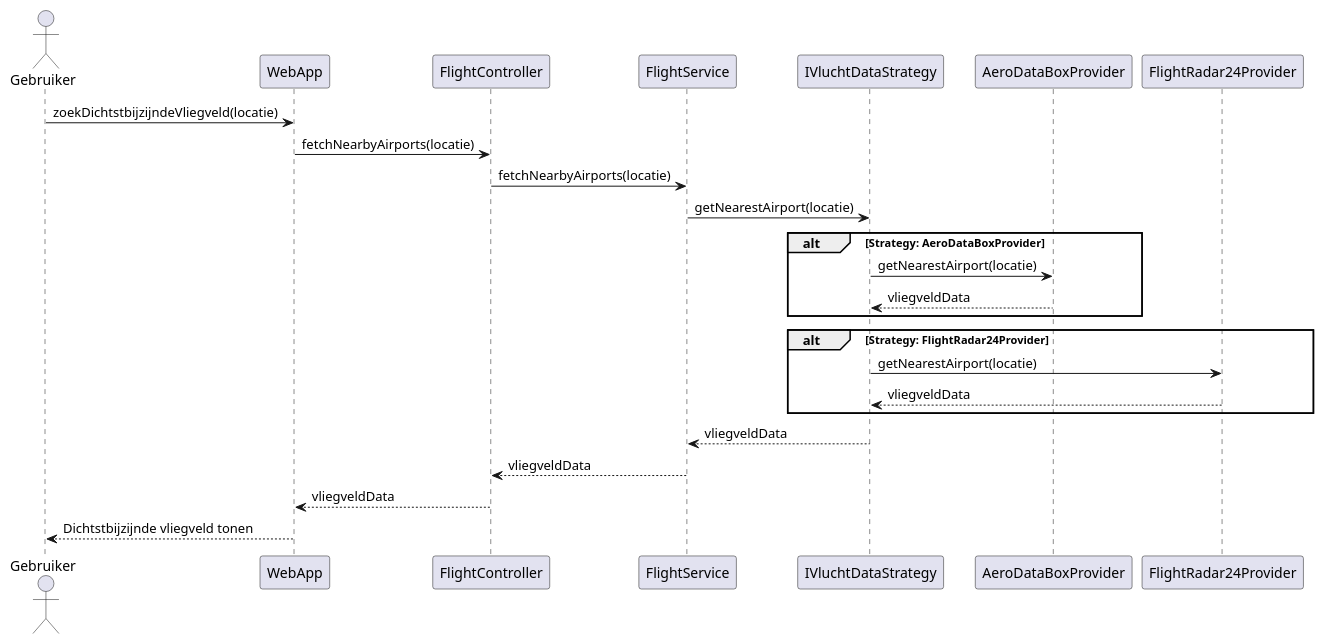
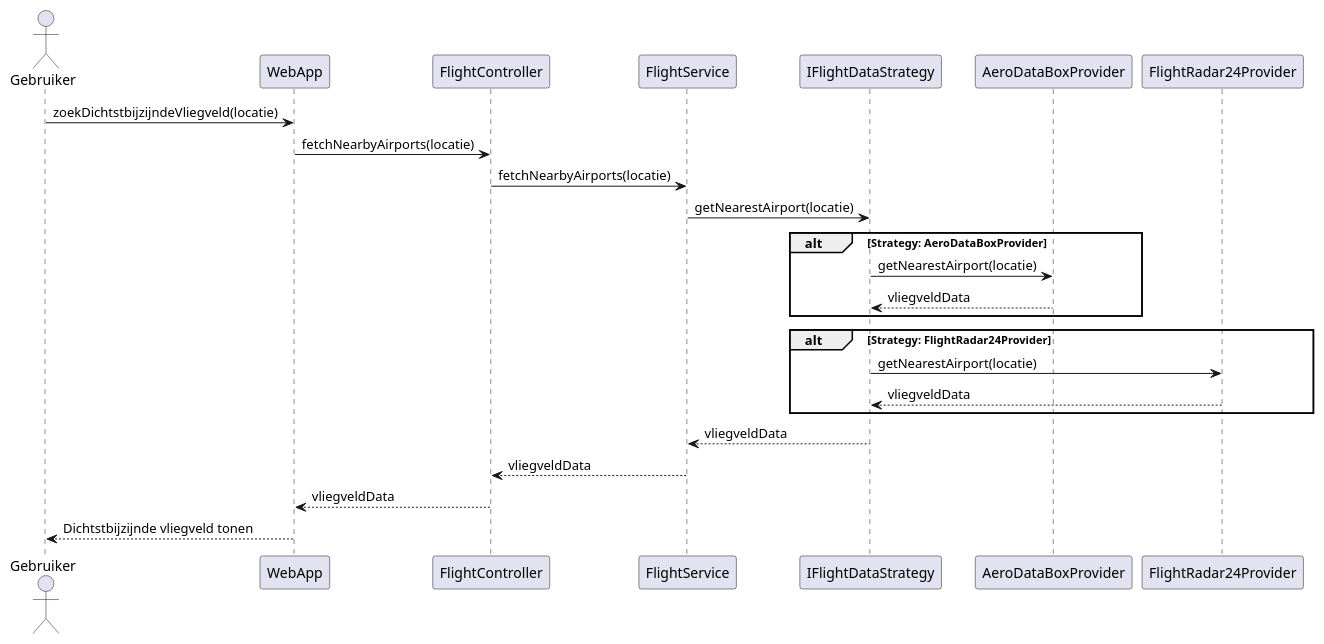
The diagram in diagrammen/sequenceDiagramFindNearestAirport.puml (AIM-ENE-feb25/triptop-groep-b2), drawn with PlantUML before and after one commit. The commit also changed 2 other files, not shown here.

Commit message:
updated naming diagram

```diff
--- a/diagrammen/sequenceDiagramFindNearestAirport.puml
+++ b/diagrammen/sequenceDiagramFindNearestAirport.puml
@@ -1,29 +1,29 @@
 @startuml
 actor Gebruiker
 participant WebApp
 participant FlightController
 participant FlightService
-participant IVluchtDataStrategy
+participant IFlightDataStrategy
 participant AeroDataBoxProvider
 participant FlightRadar24Provider
 
 Gebruiker -> WebApp : zoekDichtstbijzijndeVliegveld(locatie)
 WebApp -> FlightController : fetchNearbyAirports(locatie)
 FlightController -> FlightService : fetchNearbyAirports(locatie)
-FlightService -> IVluchtDataStrategy : getNearestAirport(locatie)
+FlightService -> IFlightDataStrategy : getNearestAirport(locatie)
 
 alt Strategy: AeroDataBoxProvider
-    IVluchtDataStrategy -> AeroDataBoxProvider : getNearestAirport(locatie)
-    AeroDataBoxProvider --> IVluchtDataStrategy : vliegveldData
+    IFlightDataStrategy -> AeroDataBoxProvider : getNearestAirport(locatie)
+    AeroDataBoxProvider --> IFlightDataStrategy : vliegveldData
 end
 
 alt Strategy: FlightRadar24Provider
-    IVluchtDataStrategy -> FlightRadar24Provider : getNearestAirport(locatie)
-    FlightRadar24Provider --> IVluchtDataStrategy : vliegveldData
+    IFlightDataStrategy -> FlightRadar24Provider : getNearestAirport(locatie)
+    FlightRadar24Provider --> IFlightDataStrategy : vliegveldData
 end
 
-IVluchtDataStrategy --> FlightService : vliegveldData
+IFlightDataStrategy --> FlightService : vliegveldData
 FlightService --> FlightController : vliegveldData
 FlightController --> WebApp : vliegveldData
 WebApp --> Gebruiker : Dichtstbijzijnde vliegveld tonen
 @enduml
```
